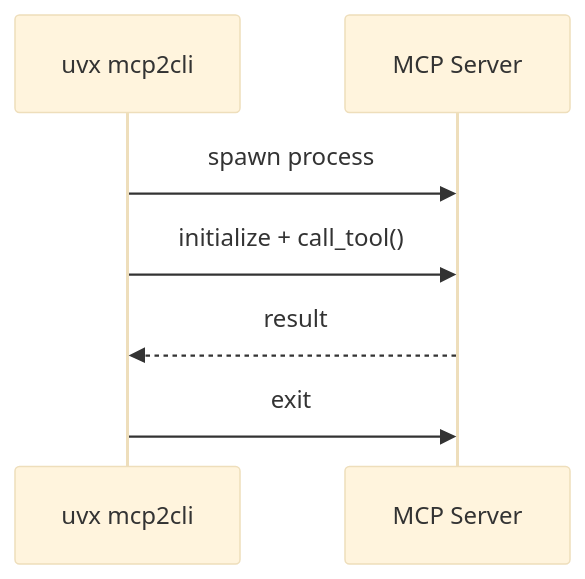
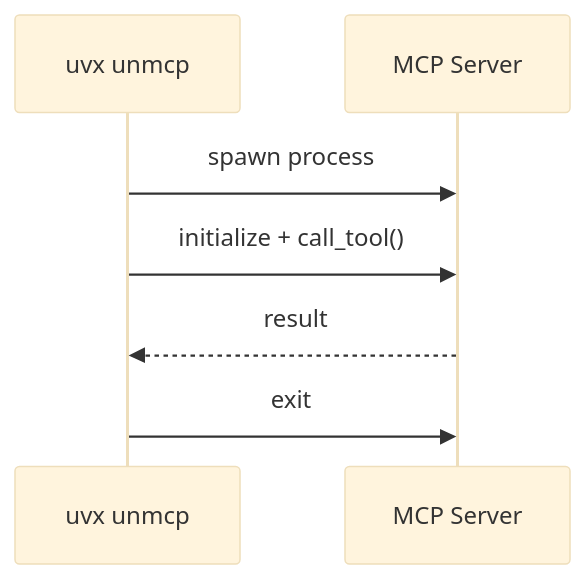
Before and after one commit to Am1n3e/unmcp: the first of 2 diagrams in README.md, drawn with Mermaid (base theme). The commit also changed other lines of this file and 26 other files, not shown here.

Commit message:
Rename project from mcp2cli to unmcp (#6)

````diff
--- a/README.md
+++ b/README.md
@@ -75,10 +75,10 @@
 ```mermaid
 sequenceDiagram
-    participant CLI as uvx mcp2cli
+    participant CLI as uvx unmcp
     participant MCP as MCP Server
 
     CLI->>MCP: spawn process
     CLI->>MCP: initialize + call_tool()
     MCP-->>CLI: result
     CLI->>MCP: exit
 ```
````
